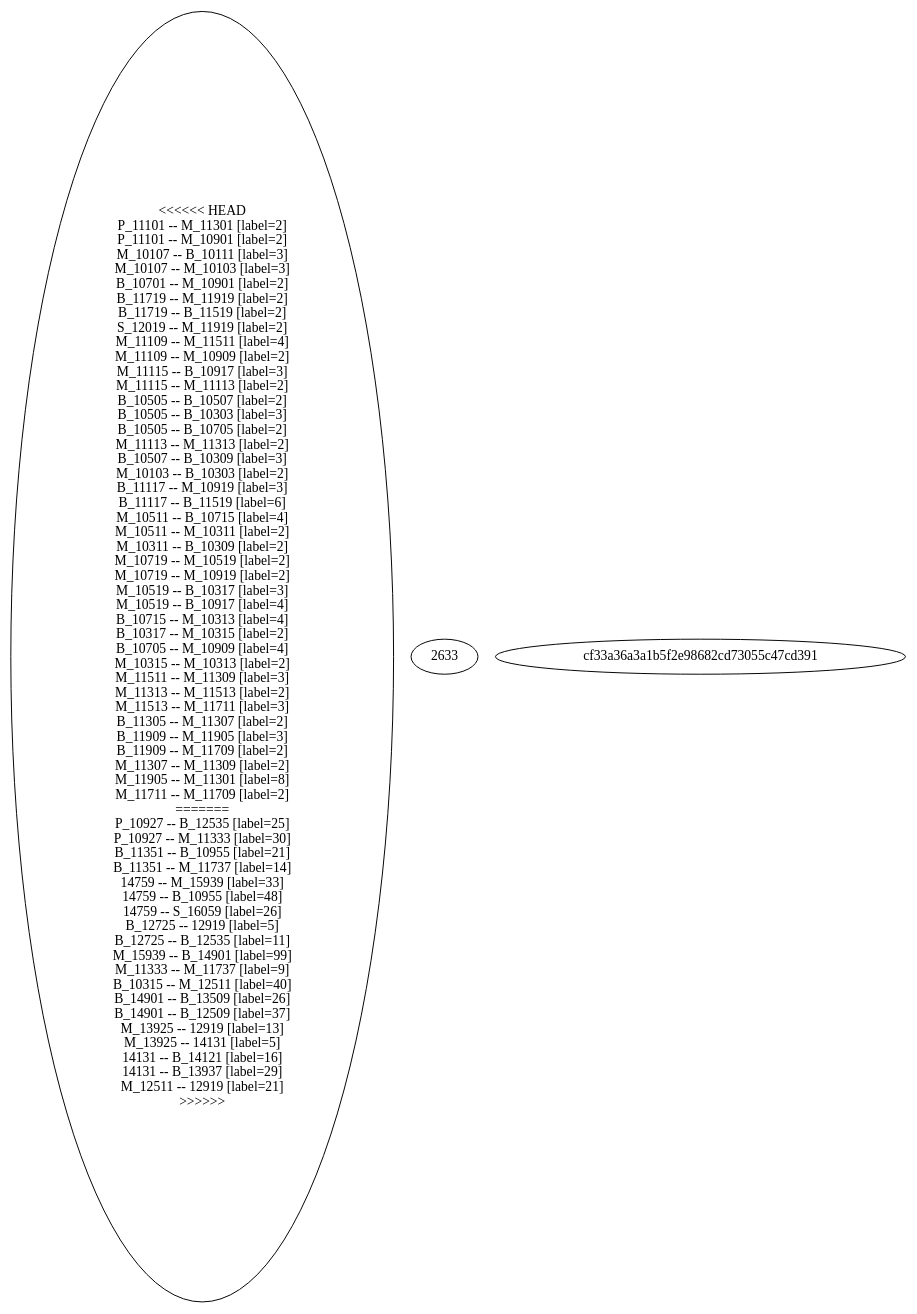
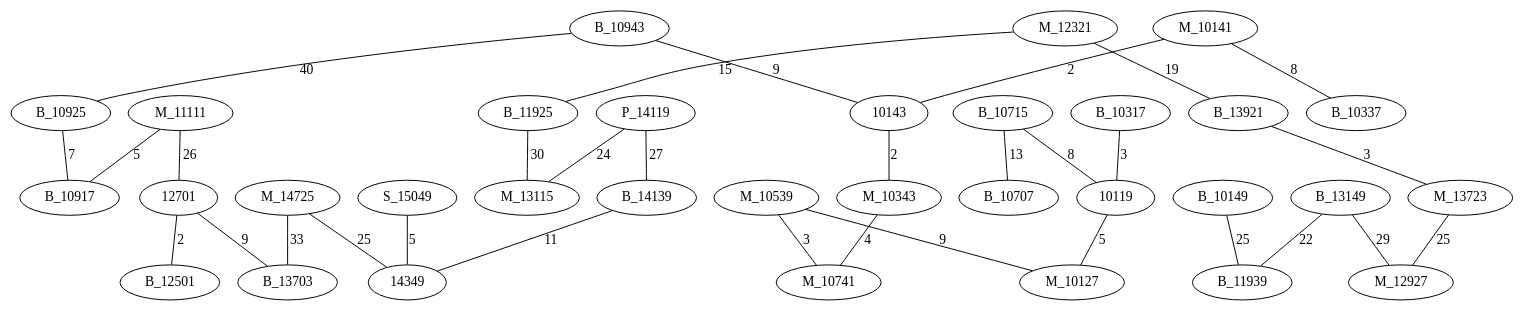
The diagram in Graph.dot (AsmNoob/Labyrinthe), drawn with Graphviz before and after one commit. The commit also changed 3 other files, not shown here.

```diff
--- a/Graph.dot
+++ b/Graph.dot
@@ -1,66 +1,35 @@
 graph chemin {
 
-<<<<<<< HEAD
-	P_11101 -- M_11301 [label=2]
-	P_11101 -- M_10901 [label=2]
-	M_10107 -- B_10111 [label=3]
-	M_10107 -- M_10103 [label=3]
-	B_10701 -- M_10901 [label=2]
-	B_11719 -- M_11919 [label=2]
-	B_11719 -- B_11519 [label=2]
-	S_12019 -- M_11919 [label=2]
-	M_11109 -- M_11511 [label=4]
-	M_11109 -- M_10909 [label=2]
-	M_11115 -- B_10917 [label=3]
-	M_11115 -- M_11113 [label=2]
-	B_10505 -- B_10507 [label=2]
-	B_10505 -- B_10303 [label=3]
-	B_10505 -- B_10705 [label=2]
-	M_11113 -- M_11313 [label=2]
-	B_10507 -- B_10309 [label=3]
-	M_10103 -- B_10303 [label=2]
-	B_11117 -- M_10919 [label=3]
-	B_11117 -- B_11519 [label=6]
-	M_10511 -- B_10715 [label=4]
-	M_10511 -- M_10311 [label=2]
-	M_10311 -- B_10309 [label=2]
-	M_10719 -- M_10519 [label=2]
-	M_10719 -- M_10919 [label=2]
-	M_10519 -- B_10317 [label=3]
-	M_10519 -- B_10917 [label=4]
-	B_10715 -- M_10313 [label=4]
-	B_10317 -- M_10315 [label=2]
-	B_10705 -- M_10909 [label=4]
-	M_10315 -- M_10313 [label=2]
-	M_11511 -- M_11309 [label=3]
-	M_11313 -- M_11513 [label=2]
-	M_11513 -- M_11711 [label=3]
-	B_11305 -- M_11307 [label=2]
-	B_11909 -- M_11905 [label=3]
-	B_11909 -- M_11709 [label=2]
-	M_11307 -- M_11309 [label=2]
-	M_11905 -- M_11301 [label=8]
-	M_11711 -- M_11709 [label=2]
-=======
-	P_10927 -- B_12535 [label=25]
-	P_10927 -- M_11333 [label=30]
-	B_11351 -- B_10955 [label=21]
-	B_11351 -- M_11737 [label=14]
-	14759 -- M_15939 [label=33]
-	14759 -- B_10955 [label=48]
-	14759 -- S_16059 [label=26]
-	B_12725 -- 12919 [label=5]
-	B_12725 -- B_12535 [label=11]
-	M_15939 -- B_14901 [label=99]
-	M_11333 -- M_11737 [label=9]
-	B_10315 -- M_12511 [label=40]
-	B_14901 -- B_13509 [label=26]
-	B_14901 -- B_12509 [label=37]
-	M_13925 -- 12919 [label=13]
-	M_13925 -- 14131 [label=5]
-	14131 -- B_14121 [label=16]
-	14131 -- B_13937 [label=29]
-	M_12511 -- 12919 [label=21]
->>>>>>> 2633cf33a36a3a1b5f2e98682cd73055c47cd391
+	P_14119 -- B_14139 [label=27]
+	P_14119 -- M_13115 [label=24]
+	M_12321 -- B_11925 [label=15]
+	M_12321 -- B_13921 [label=19]
+	B_10943 -- 10143 [label=9]
+	B_10943 -- B_10925 [label=40]
+	M_11111 -- B_10917 [label=5]
+	M_11111 -- 12701 [label=26]
+	B_13149 -- M_12927 [label=29]
+	B_13149 -- B_11939 [label=22]
+	B_10925 -- B_10917 [label=7]
+	B_10149 -- B_11939 [label=25]
+	S_15049 -- 14349 [label=5]
+	B_10715 -- 10119 [label=8]
+	B_10715 -- B_10707 [label=13]
+	B_10317 -- 10119 [label=3]
+	B_11925 -- M_13115 [label=30]
+	12701 -- B_13703 [label=9]
+	12701 -- B_12501 [label=2]
+	B_14139 -- 14349 [label=11]
+	B_13921 -- M_13723 [label=3]
+	M_10141 -- 10143 [label=2]
+	M_10141 -- B_10337 [label=8]
+	M_10539 -- M_10741 [label=3]
+	M_10539 -- M_10127 [label=9]
+	M_13723 -- M_12927 [label=25]
+	10143 -- M_10343 [label=2]
+	M_14725 -- B_13703 [label=33]
+	M_14725 -- 14349 [label=25]
+	10119 -- M_10127 [label=5]
+	M_10343 -- M_10741 [label=4]
 
 }
```
